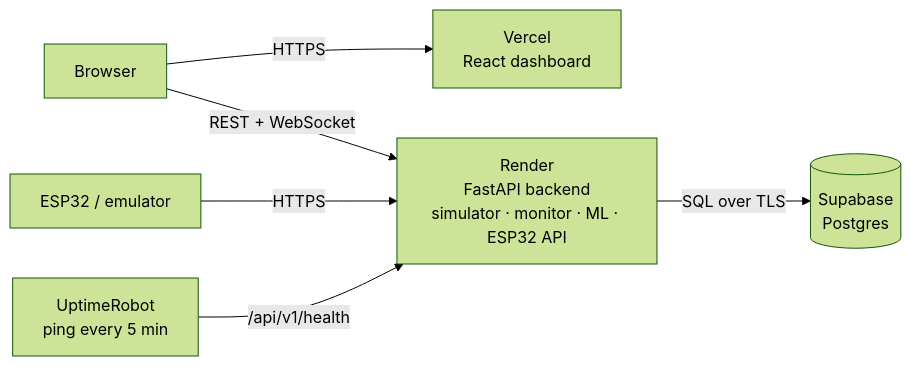
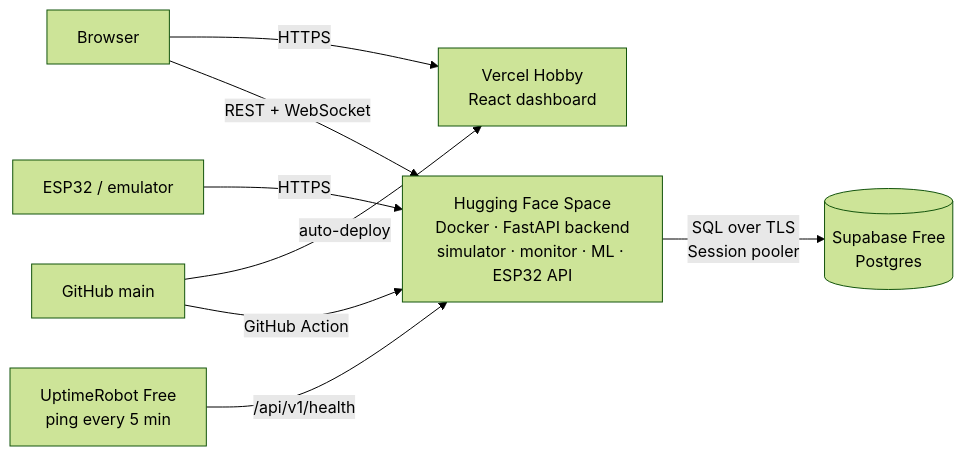
The diagram in docs/DEPLOYMENT.md (sUYASHT21/ENERGY-GUARDIAN), drawn with Mermaid (forest theme) before and after one commit. The commit also changed other lines of this file and 8 other files, not shown here.

First line of the commit message:
No-card free stack: backend on Hugging Face Spaces; robust Supabase URLs

````diff
--- a/docs/DEPLOYMENT.md
+++ b/docs/DEPLOYMENT.md
@@ -3,8 +3,10 @@
 ```mermaid
 flowchart LR
-  U[Browser] -->|HTTPS| V[Vercel<br/>React dashboard]
-  U -->|REST + WebSocket| R[Render<br/>FastAPI backend<br/>simulator · monitor · ML · ESP32 API]
-  E[ESP32 / emulator] -->|HTTPS| R
-  R -->|SQL over TLS| S[(Supabase<br/>Postgres)]
-  P[UptimeRobot<br/>ping every 5 min] -->|/api/v1/health| R
+  U[Browser] -->|HTTPS| V[Vercel Hobby<br/>React dashboard]
+  U -->|REST + WebSocket| H[Hugging Face Space<br/>Docker · FastAPI backend<br/>simulator · monitor · ML · ESP32 API]
+  E[ESP32 / emulator] -->|HTTPS| H
+  H -->|SQL over TLS<br/>Session pooler| S[(Supabase Free<br/>Postgres)]
+  P[UptimeRobot Free<br/>ping every 5 min] -->|/api/v1/health| H
+  G[GitHub main] -->|auto-deploy| V
+  G -->|GitHub Action| H
 ```
````
